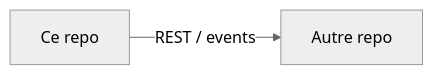
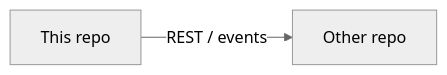
Before and after one commit to konStrg/agent-template: the first of 2 diagrams in ARCHITECTURE.md, drawn with Mermaid (neutral theme). The commit also changed other lines of this file and 16 other files, not shown here.

````diff
--- a/ARCHITECTURE.md
+++ b/ARCHITECTURE.md
@@ -33,4 +33,4 @@
 ```mermaid
 graph LR
-  A[Ce repo] -->|REST / events| B[Autre repo]
+  A[This repo] -->|REST / events| B[Other repo]
 ```
````
